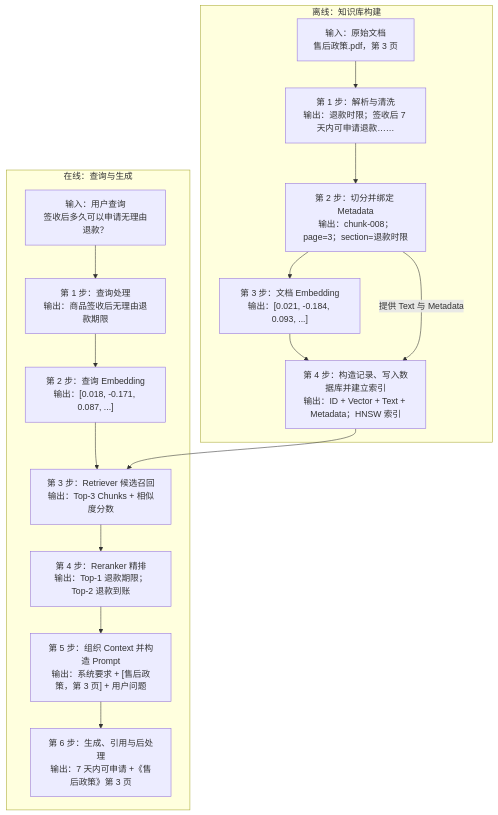
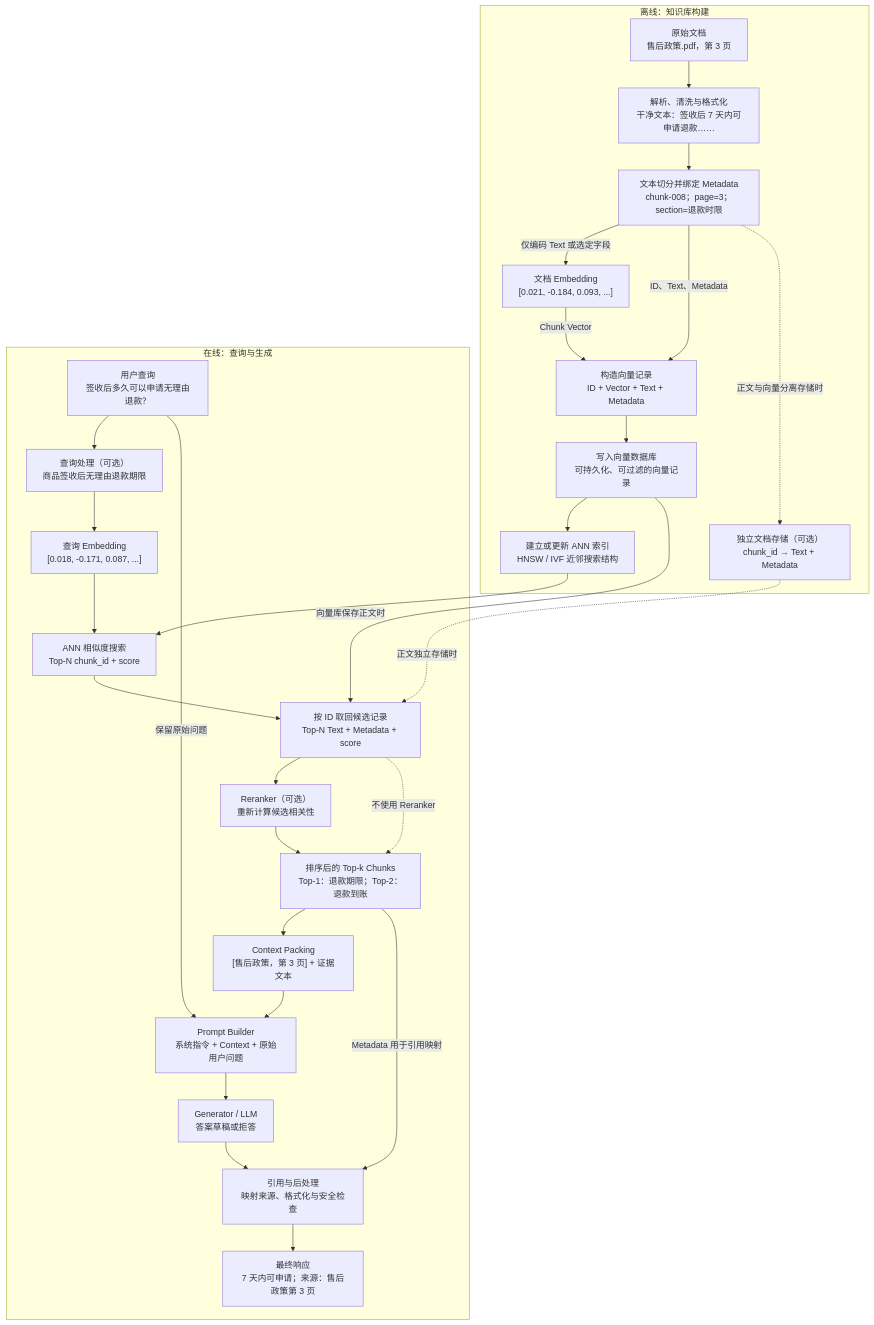
One commit to hitbug-11/RAG changed the second of 3 diagrams in notes/01-rag-data-flow.md. Above: the diagram before and after it, drawn with Mermaid. The commit also changed other lines of this file, not shown here.

Commit message:
docs: correct dense RAG data flow dependencies

````diff
--- a/notes/01-rag-data-flow.md
+++ b/notes/01-rag-data-flow.md
@@ -67,27 +69,46 @@
 ```mermaid
 flowchart TB
     subgraph OFFLINE["离线：知识库构建"]
-        D["输入：原始文档<br/>售后政策.pdf，第 3 页"]
-        P["第 1 步：解析与清洗<br/>输出：退款时限；签收后 7 天内可申请退款……"]
-        CM["第 2 步：切分并绑定 Metadata<br/>输出：chunk-008；page=3；section=退款时限"]
-        E["第 3 步：文档 Embedding<br/>输出：[0.021, -0.184, 0.093, ...]"]
-        DB["第 4 步：构造记录、写入数据库并建立索引<br/>输出：ID + Vector + Text + Metadata；HNSW 索引"]
+        D["原始文档<br/>售后政策.pdf，第 3 页"]
+        P["解析、清洗与格式化<br/>干净文本：签收后 7 天内可申请退款……"]
+        CM["文本切分并绑定 Metadata<br/>chunk-008；page=3；section=退款时限"]
+        E["文档 Embedding<br/>[0.021, -0.184, 0.093, ...]"]
+        REC["构造向量记录<br/>ID + Vector + Text + Metadata"]
+        DB["写入向量数据库<br/>可持久化、可过滤的向量记录"]
+        ANN["建立或更新 ANN 索引<br/>HNSW / IVF 近邻搜索结构"]
+        DS["独立文档存储（可选）<br/>chunk_id → Text + Metadata"]
 
-        D --> P --> CM --> E --> DB
-        CM -->|提供 Text 与 Metadata| DB
+        D --> P --> CM
+        CM -->|仅编码 Text 或选定字段| E
+        E -->|Chunk Vector| REC
+        CM -->|ID、Text、Metadata| REC
+        REC --> DB --> ANN
+        CM -.->|正文与向量分离存储时| DS
     end
 
     subgraph ONLINE["在线：查询与生成"]
-        Q["输入：用户查询<br/>签收后多久可以申请无理由退款？"]
-        QP["第 1 步：查询处理<br/>输出：商品签收后无理由退款期限"]
-        QE["第 2 步：查询 Embedding<br/>输出：[0.018, -0.171, 0.087, ...]"]
-        RET["第 3 步：Retriever 候选召回<br/>输出：Top-3 Chunks + 相似度分数"]
-        RR["第 4 步：Reranker 精排<br/>输出：Top-1 退款期限；Top-2 退款到账"]
-        PB["第 5 步：组织 Context 并构造 Prompt<br/>输出：系统要求 + [售后政策，第 3 页] + 用户问题"]
-        O["第 6 步：生成、引用与后处理<br/>输出：7 天内可申请 +《售后政策》第 3 页"]
+        Q["用户查询<br/>签收后多久可以申请无理由退款？"]
+        QP["查询处理（可选）<br/>商品签收后无理由退款期限"]
+        QE["查询 Embedding<br/>[0.018, -0.171, 0.087, ...]"]
+        RET["ANN 相似度搜索<br/>Top-N chunk_id + score"]
+        FETCH["按 ID 取回候选记录<br/>Top-N Text + Metadata + score"]
+        RR["Reranker（可选）<br/>重新计算候选相关性"]
+        TOPK["排序后的 Top-k Chunks<br/>Top-1：退款期限；Top-2：退款到账"]
+        CP["Context Packing<br/>[售后政策，第 3 页] + 证据文本"]
+        PB["Prompt Builder<br/>系统指令 + Context + 原始用户问题"]
+        G["Generator / LLM<br/>答案草稿或拒答"]
+        POST["引用与后处理<br/>映射来源、格式化与安全检查"]
+        O["最终响应<br/>7 天内可申请；来源：售后政策第 3 页"]
 
         Q --> QP --> QE --> RET
-        DB --> RET
-        RET --> RR --> PB --> O
+        ANN --> RET
+        RET --> FETCH
+        DB -->|向量库保存正文时| FETCH
+        DS -.->|正文独立存储时| FETCH
+        FETCH --> RR --> TOPK
+        FETCH -.->|不使用 Reranker| TOPK
+        TOPK --> CP --> PB --> G --> POST --> O
+        TOPK -->|Metadata 用于引用映射| POST
+        Q -->|保留原始问题| PB
     end
 ```
````
